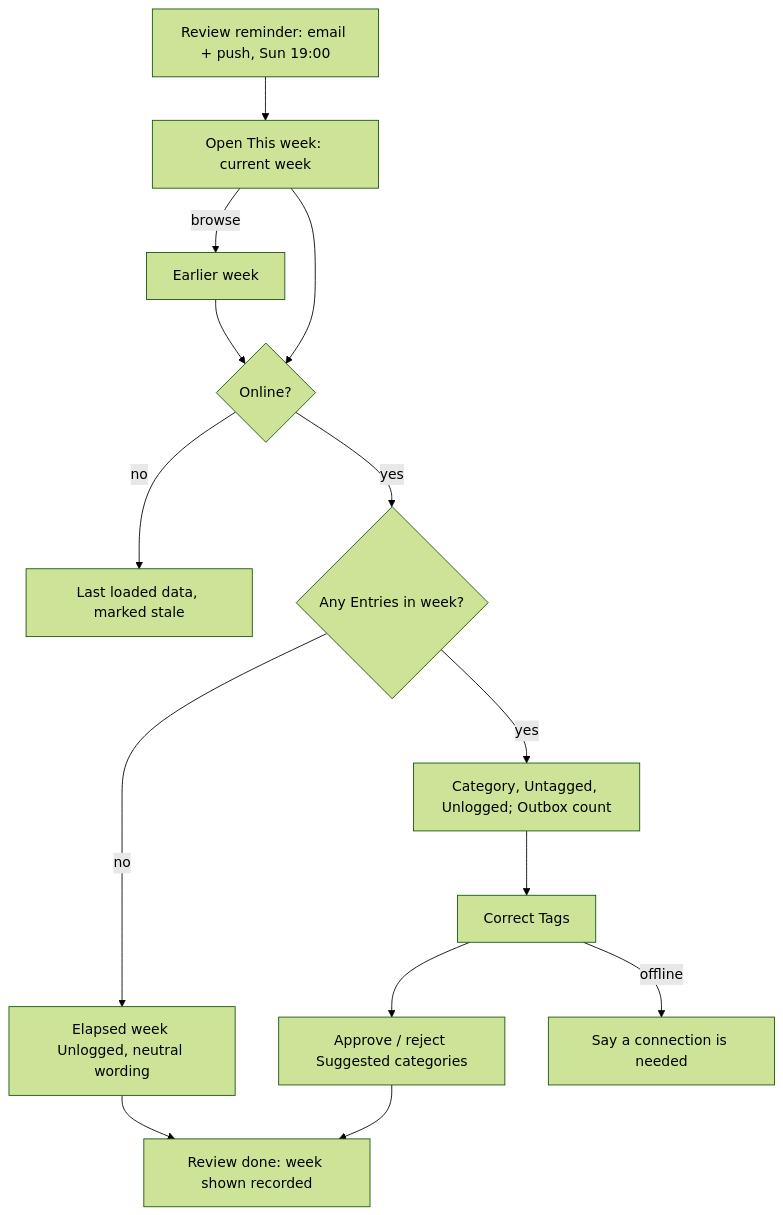
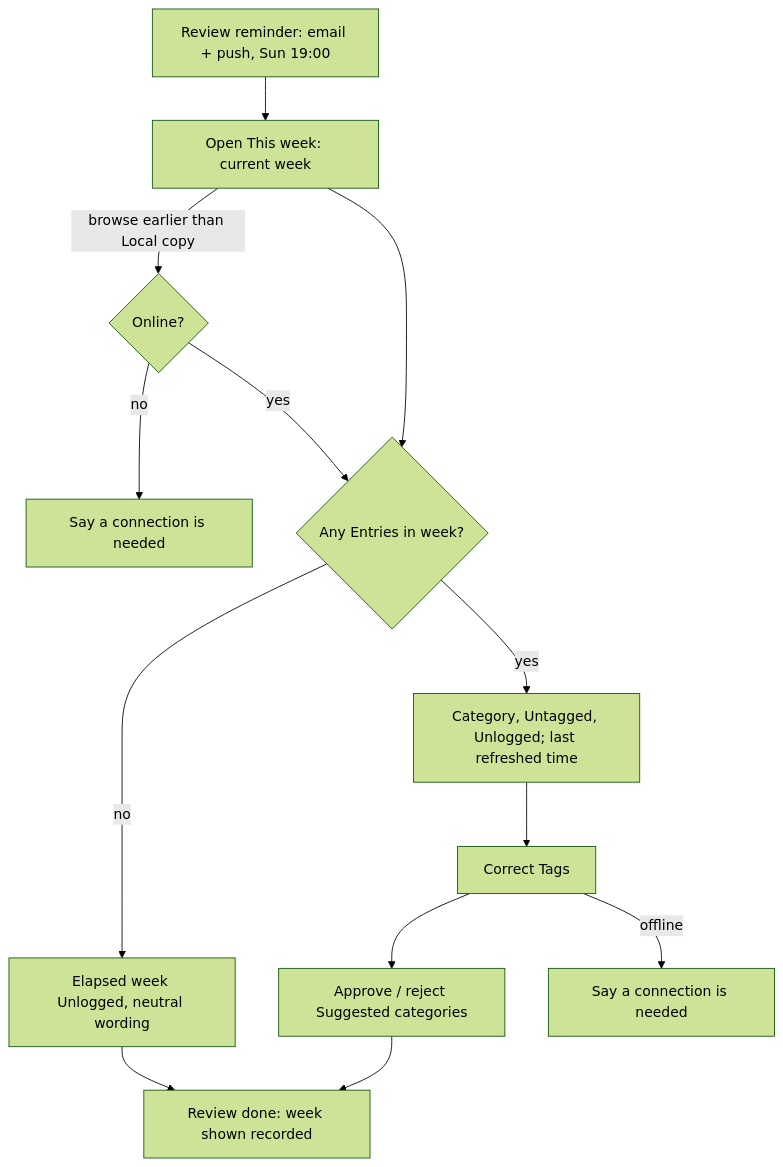
Before and after one commit to bachtly/daily-kaizen: the fourth of 6 diagrams in docs/design/2026-11-06-mvp/02-requirements.md, drawn with Mermaid (forest theme). The commit also changed other lines of this file and 6 other files, not shown here.

First line of the commit message:
Switch MVP to online-only writes (ADR 0004), add data model

````diff
--- a/docs/design/2026-11-06-mvp/02-requirements.md
+++ b/docs/design/2026-11-06-mvp/02-requirements.md
@@ -169,13 +155,13 @@
 ```mermaid
 flowchart TD
   RR[Review reminder: email + push, Sun 19:00] --> W[Open This week: current week]
-  W -- browse --> W2[Earlier week] --> L
-  W --> L{Online?}
-  L -- no --> L1[Last loaded data, marked stale]
-  L -- yes --> K{Any Entries in week?}
+  W -- browse earlier than Local copy --> L{Online?}
+  L -- no --> L1[Say a connection is needed]
+  L -- yes --> K
+  W --> K{Any Entries in week?}
   K -- no --> K1[Elapsed week Unlogged, neutral wording]
-  K -- yes --> Y[Category, Untagged, Unlogged; Outbox count]
+  K -- yes --> Y[Category, Untagged, Unlogged; last refreshed time]
   Y --> FX[Correct Tags] --> AP[Approve / reject Suggested categories] --> DONE[Review done: week shown recorded]
   FX -- offline --> F1[Say a connection is needed]
   K1 --> DONE
 ```
````
